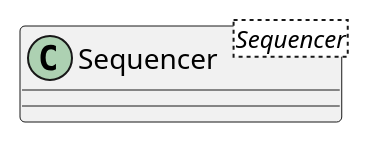
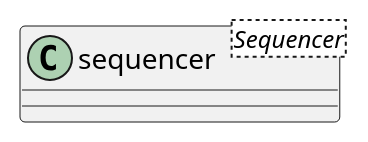
Before and after one commit to LeStahL/garlic_crust: the diagram in synthesizers/test.plantuml, drawn with PlantUML. The commit also changed 1 other file, not shown here.

```diff
--- a/synthesizers/test.plantuml
+++ b/synthesizers/test.plantuml
@@ -1,4 +1,4 @@
 @startuml identifier
-class Sequencer <Sequencer> {
+class sequencer <Sequencer> {
 }
 @enduml
```
